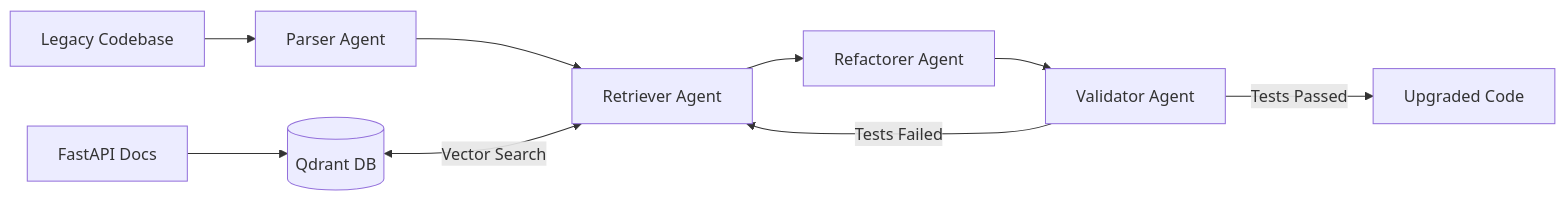
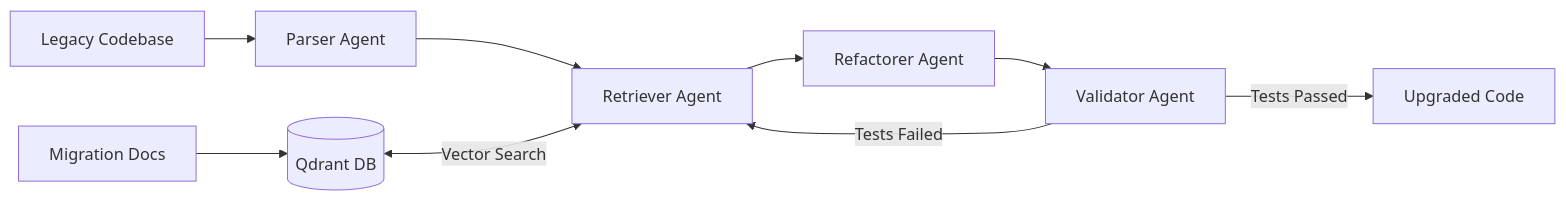
Before and after one commit to bwill619/code-migration-agent: the diagram in README.md, drawn with Mermaid. The commit also changed other lines of this file and 1 other file, not shown here.

````diff
--- a/README.md
+++ b/README.md
@@ -30,11 +31,11 @@
 ```mermaid
 flowchart LR
     A[Legacy Codebase] --> B[Parser Agent]
     B --> C[Retriever Agent]
     D[(Qdrant DB)] <-->|Vector Search| C
-    E[FastAPI Docs] --> D
+    E[Migration Docs] --> D
     C --> F[Refactorer Agent]
     F --> G[Validator Agent]
     G -->|Tests Passed| H[Upgraded Code]
     G -->|Tests Failed| C
 ```
````
